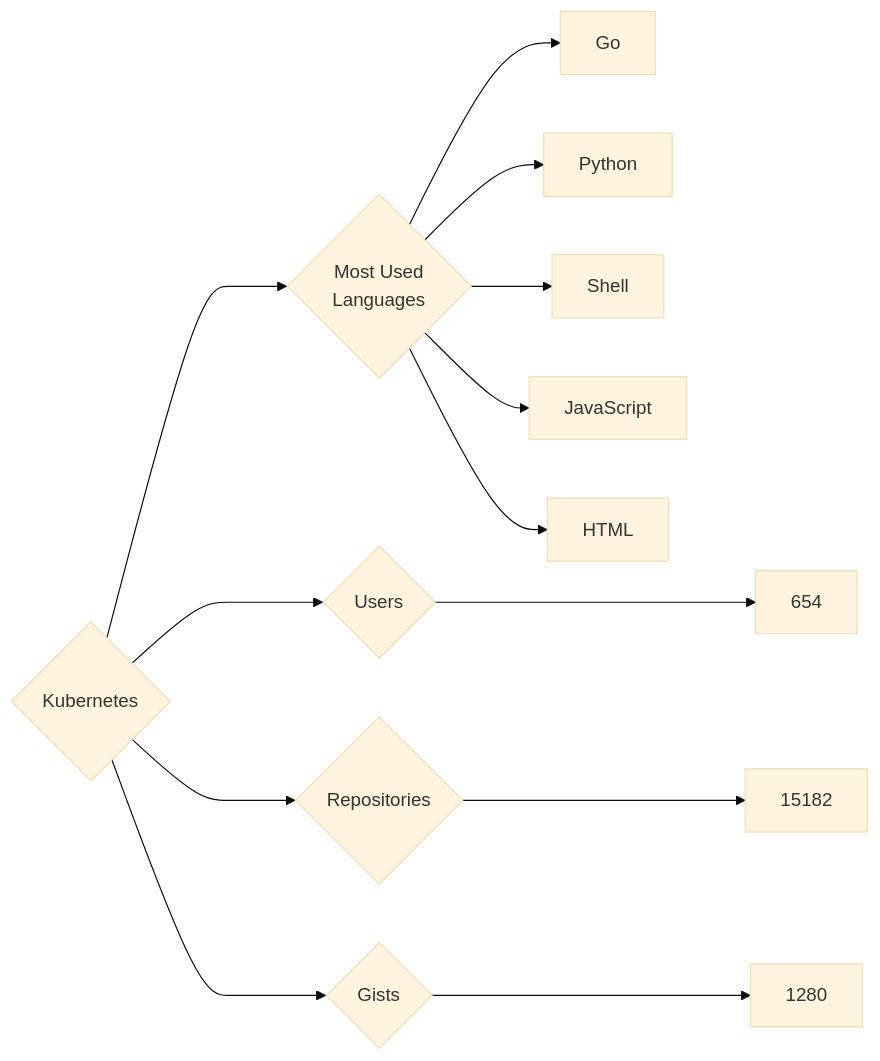
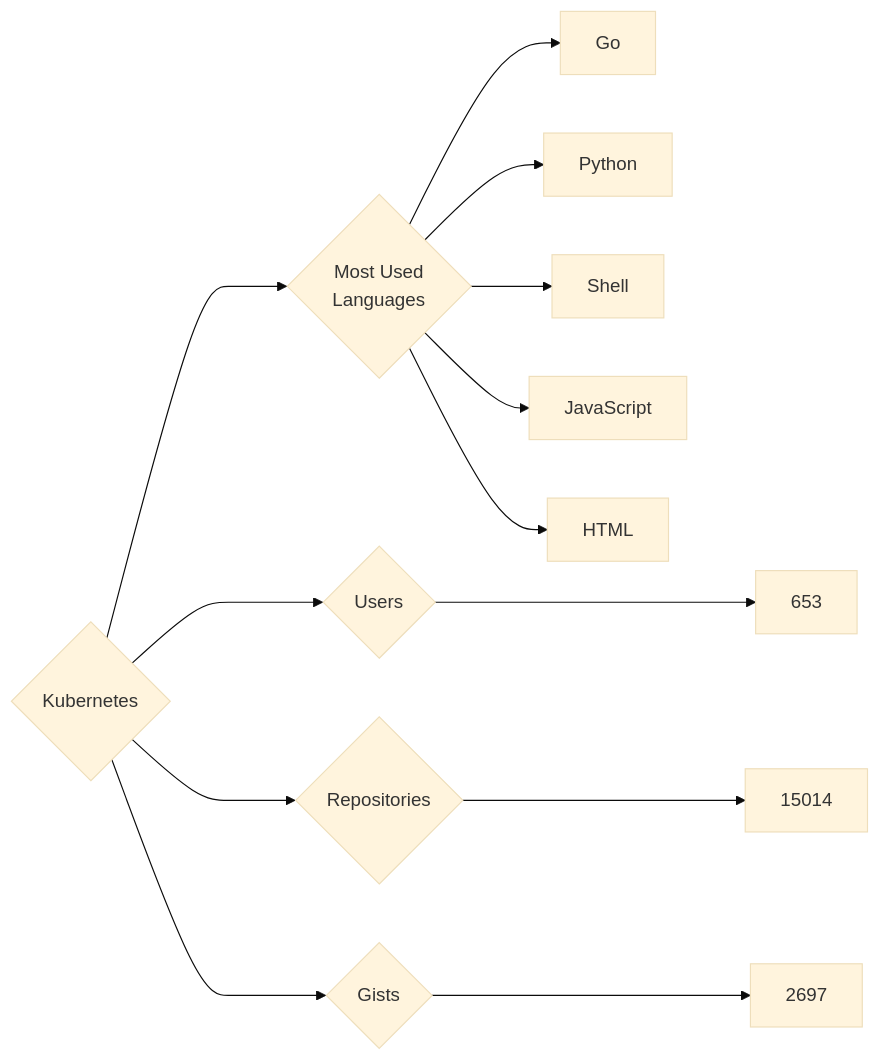
One commit to trickest/insiders changed the diagram in targets/Kubernetes/README.md. Above: the diagram before and after it, drawn with Mermaid (base theme). The commit also changed 622 other files, not shown here.

````diff
--- a/targets/Kubernetes/README.md
+++ b/targets/Kubernetes/README.md
@@ -3,13 +3,13 @@
 ```mermaid
 graph LR
 COMPANY_NAME{Kubernetes}
-COMPANY_NAME ---> U{Users} ---> UN[654]
-COMPANY_NAME ---> R{Repositories} ---> RN[15182]
-COMPANY_NAME ---> G{Gists} ---> GN[1280]
+COMPANY_NAME ---> U{Users} ---> UN[653]
+COMPANY_NAME ---> R{Repositories} ---> RN[15014]
+COMPANY_NAME ---> G{Gists} ---> GN[2697]
 COMPANY_NAME ---> ML{Most Used<br>Languages}
 ML --> Go[Go]
 ML --> Python[Python]
 ML --> Shell[Shell]
 ML --> JavaScript[JavaScript]
 ML --> HTML[HTML]
 ```
````
